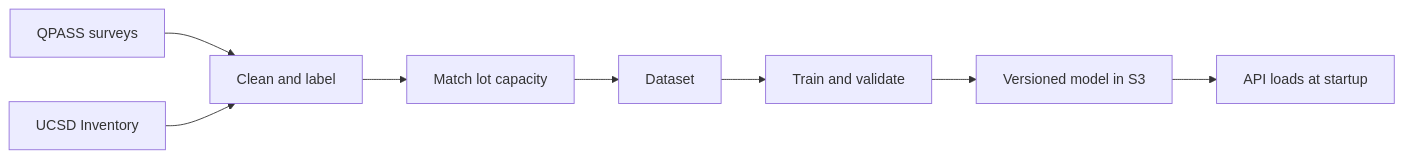
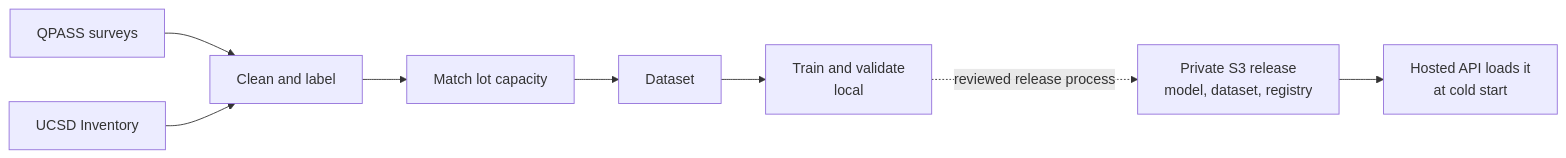
One commit to yraclimaco/parksmart changed the second of 3 diagrams in README.md. Above: the diagram before and after it, drawn with Mermaid. The commit also changed other lines of this file, not shown here.

First line of the commit message:
Address README review: rebuild safety, diagrams, website vs API

````diff
--- a/README.md
+++ b/README.md
@@ -69,10 +78,10 @@
 ```mermaid
 flowchart LR
     Q["QPASS surveys"] --> C["Clean and label"]
     I["UCSD Inventory"] --> C
     C --> M["Match lot capacity"]
     M --> D["Dataset"]
-    D --> T["Train and validate"]
-    T --> S["Versioned model in S3"]
-    S --> API["API loads at startup"]
+    D --> T["Train and validate<br/>local"]
+    T -. "reviewed release process" .-> S["Private S3 release<br/>model, dataset, registry"]
+    S --> API["Hosted API loads it<br/>at cold start"]
 ```
````
